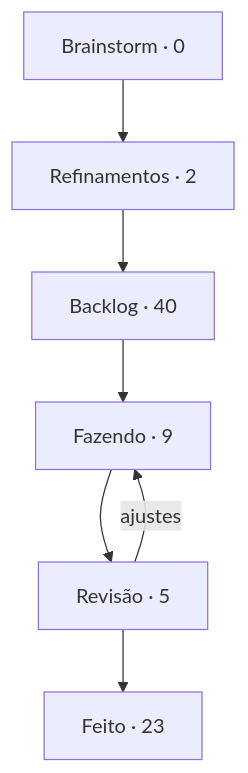
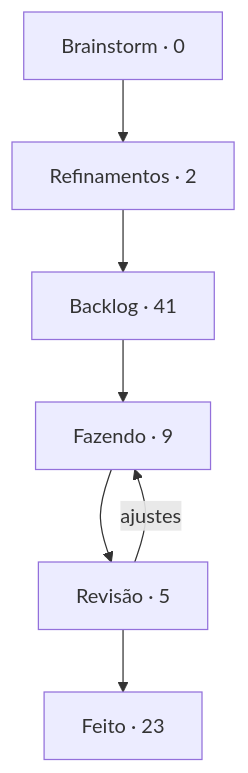
Before and after one commit to StudioVibi/VibiKanban: the diagram in boards/dungeon-bend/BOARD.md, drawn with Mermaid. The commit also changed other lines of this file and 3 other files, not shown here.

````diff
--- a/boards/dungeon-bend/BOARD.md
+++ b/boards/dungeon-bend/BOARD.md
@@ -5,12 +5,12 @@
 ```mermaid
 flowchart TD
   brainstorm["Brainstorm · 0"] --> refinamentos["Refinamentos · 2"]
-  refinamentos --> backlog["Backlog · 40"]
+  refinamentos --> backlog["Backlog · 41"]
   backlog --> doing["Fazendo · 9"]
   doing --> review["Revisão · 5"]
   review --> done["Feito · 23"]
   review -->|ajustes| doing
   doing:::blue
   review:::yellow
   done:::green
 ```
````
